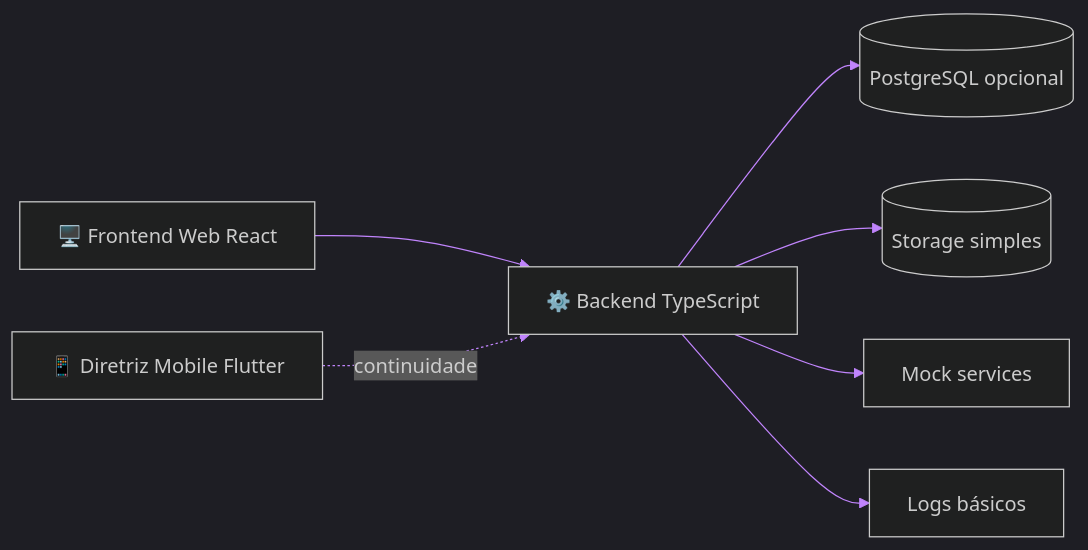
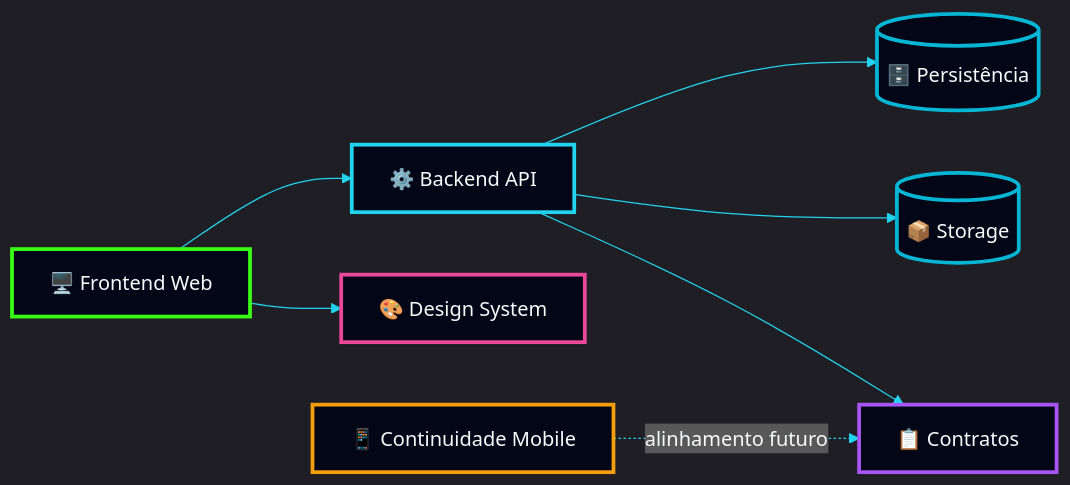
The third of 12 diagrams in Terra Conecta — Proposta Institucional, Comercial e Técnica.md (NickDevHolz/Terra-Conecta), drawn with Mermaid before and after one commit. The commit also changed other lines of this file, not shown here.

````diff
--- a/Terra Conecta — Proposta Institucional, Comercial e Técnica.md
+++ b/Terra Conecta — Proposta Institucional, Comercial e Técnica.md
@@ -165,20 +258,36 @@
 ```mermaid
 %%{init: {
 'theme':'dark',
 'themeVariables':{
 'background':'#020617',
-'primaryColor':'#06b6d4',
+'mainBkg':'#020617',
+'secondBkg':'#0f172a',
+'tertiaryColor':'#111827',
+'primaryColor':'#22d3ee',
 'primaryTextColor':'#f8fafc',
-'primaryBorderColor':'#22c55e',
-'lineColor':'#c084fc',
+'primaryBorderColor':'#39ff14',
 'secondaryColor':'#0f172a',
-'tertiaryColor':'#111827'
+'secondaryTextColor':'#e2e8f0',
+'secondaryBorderColor':'#a855f7',
+'lineColor':'#22d3ee',
+'textColor':'#f8fafc',
+'clusterBkg':'#020617',
+'clusterBorder':'#a855f7',
+'defaultLinkColor':'#22d3ee'
 }}}%%
 flowchart LR
-A[🖥️ Frontend Web React] --> B[⚙️ Backend TypeScript]
-C[📱 Diretriz Mobile Flutter] -. continuidade .-> B
-B --> D[(PostgreSQL opcional)]
-B --> E[(Storage simples)]
-B --> F[Mock services]
-B --> G[Logs básicos]
+A[🖥️ Frontend Web] --> B[⚙️ Backend API]
+B --> C[(🗄️ Persistência)]
+B --> D[(📦 Storage)]
+A --> E[🎨 Design System]
+B --> F[📋 Contratos]
+G[📱 Continuidade Mobile] -. alinhamento futuro .-> F
+
+style A fill:#020617,stroke:#39ff14,stroke-width:3px,color:#f8fafc
+style B fill:#020617,stroke:#22d3ee,stroke-width:3px,color:#f8fafc
+style C fill:#020617,stroke:#06b6d4,stroke-width:3px,color:#f8fafc
+style D fill:#020617,stroke:#06b6d4,stroke-width:3px,color:#f8fafc
+style E fill:#020617,stroke:#ec4899,stroke-width:3px,color:#f8fafc
+style F fill:#020617,stroke:#a855f7,stroke-width:3px,color:#f8fafc
+style G fill:#020617,stroke:#f59e0b,stroke-width:3px,color:#f8fafc
 ```
````
